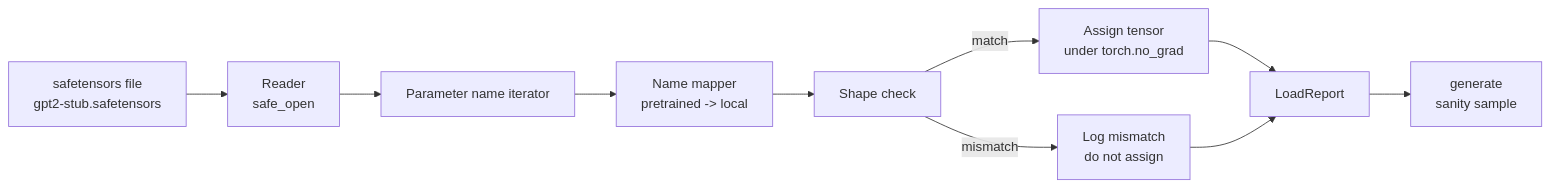
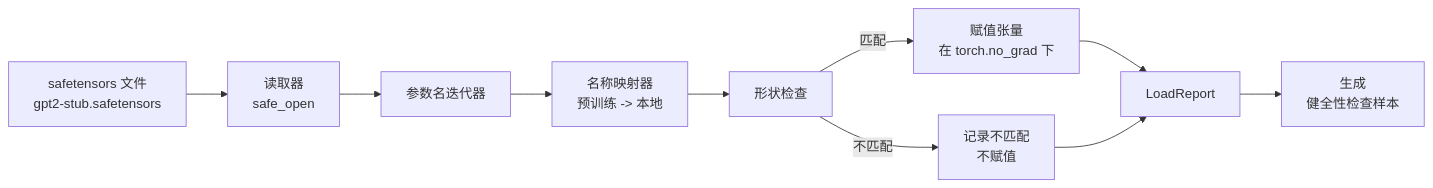
Before and after one commit to alessandrodinisio-ai/ai-engineering-learning-framework: the diagram in phases/19-capstone-projects/37-loading-pretrained-weights/docs/zh.md, drawn with Mermaid. The commit also changed 120 other files, not shown here.

First line of the commit message:
i18n(mermaid): 337 个 mermaid 图表标签中文化

````diff
--- a/phases/19-capstone-projects/37-loading-pretrained-weights/docs/zh.md
+++ b/phases/19-capstone-projects/37-loading-pretrained-weights/docs/zh.md
@@ -32,12 +32,12 @@
 ```mermaid
 flowchart LR
-  SF[safetensors file<br/>gpt2-stub.safetensors] --> R[Reader<br/>safe_open]
-  R --> N[Parameter name iterator]
-  N --> M[Name mapper<br/>pretrained -> local]
-  M --> S[Shape check]
-  S -- match --> A[Assign tensor<br/>under torch.no_grad]
-  S -- mismatch --> E[Log mismatch<br/>do not assign]
+  SF[safetensors 文件<br/>gpt2-stub.safetensors] --> R[读取器<br/>safe_open]
+  R --> N[参数名迭代器]
+  N --> M[名称映射器<br/>预训练 -> 本地]
+  M --> S[形状检查]
+  S -- 匹配 --> A[赋值张量<br/>在 torch.no_grad 下]
+  S -- 不匹配 --> E[记录不匹配<br/>不赋值]
   A --> RP[LoadReport]
   E --> RP
-  RP --> G[generate<br/>sanity sample]
+  RP --> G[生成<br/>健全性检查样本]
 ```
````
